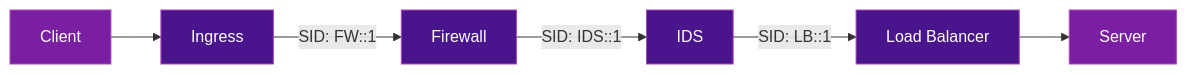
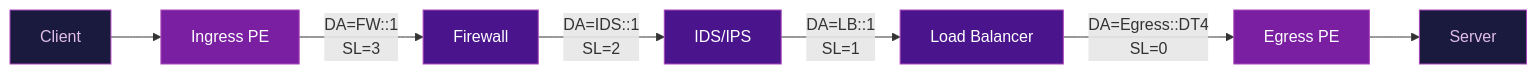
Before and after one commit to eldaninavas/srv6.md: the first of 2 diagrams in docs/use-cases/service-chaining.md, drawn with Mermaid. The commit also changed other lines of this file, not shown here.

````diff
--- a/docs/use-cases/service-chaining.md
+++ b/docs/use-cases/service-chaining.md
@@ -18,14 +51,17 @@
 ```mermaid
 graph LR
-    A[Client] --> B[Ingress]
-    B -->|SID: FW::1| C[Firewall]
-    C -->|SID: IDS::1| D[IDS]
-    D -->|SID: LB::1| E[Load Balancer]
-    E --> F[Server]
-    style A fill:#7b1fa2,color:#fff,stroke:#ab47bc
-    style F fill:#7b1fa2,color:#fff,stroke:#ab47bc
-    style C fill:#4a148c,color:#fff,stroke:#ab47bc
-    style D fill:#4a148c,color:#fff,stroke:#ab47bc
-    style E fill:#4a148c,color:#fff,stroke:#ab47bc
-    style B fill:#4a148c,color:#fff,stroke:#ab47bc
+    C[Client] --> I[Ingress PE]
+    I -->|"DA=FW::1<br/>SL=3"| FW[Firewall]
+    FW -->|"DA=IDS::1<br/>SL=2"| IDS[IDS/IPS]
+    IDS -->|"DA=LB::1<br/>SL=1"| LB[Load Balancer]
+    LB -->|"DA=Egress::DT4<br/>SL=0"| E[Egress PE]
+    E --> S[Server]
+
+    style C fill:#1a1a3e,color:#e1bee7,stroke:#ab47bc
+    style S fill:#1a1a3e,color:#e1bee7,stroke:#ab47bc
+    style I fill:#7b1fa2,color:#fff,stroke:#ab47bc
+    style E fill:#7b1fa2,color:#fff,stroke:#ab47bc
+    style FW fill:#4a148c,color:#fff,stroke:#ab47bc
+    style IDS fill:#4a148c,color:#fff,stroke:#ab47bc
+    style LB fill:#4a148c,color:#fff,stroke:#ab47bc
 ```
````
